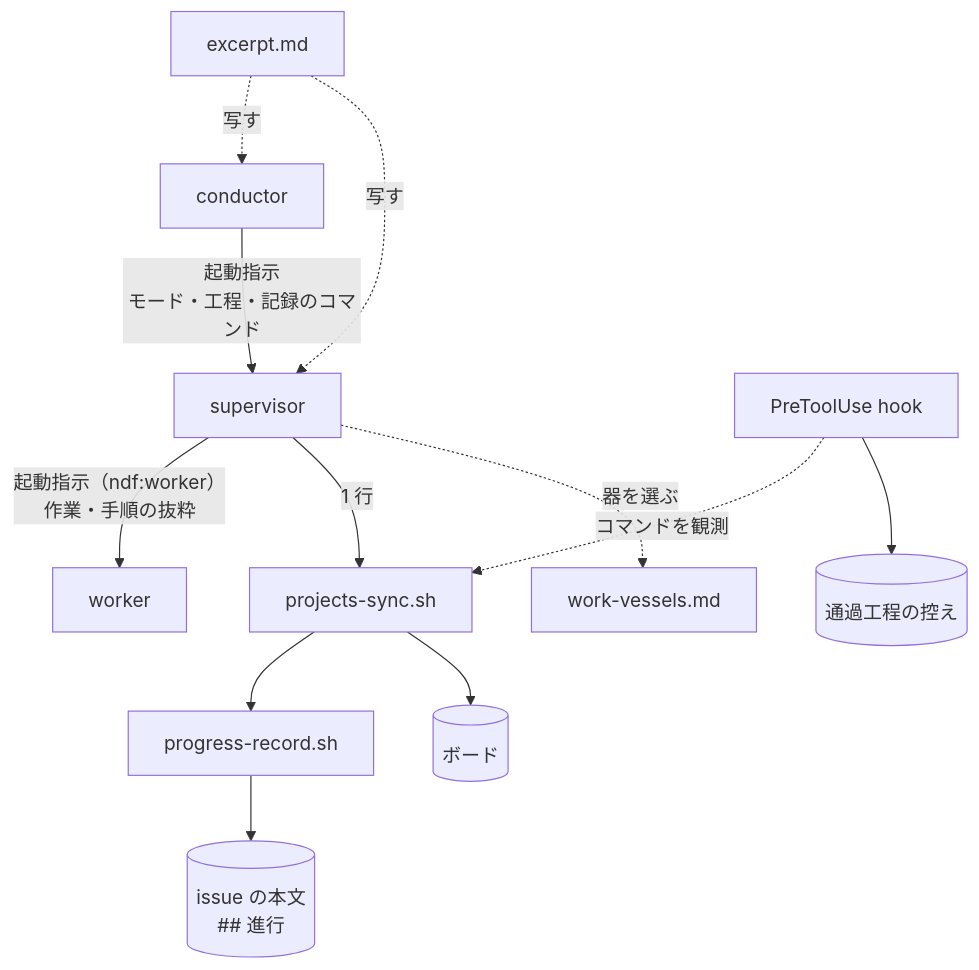
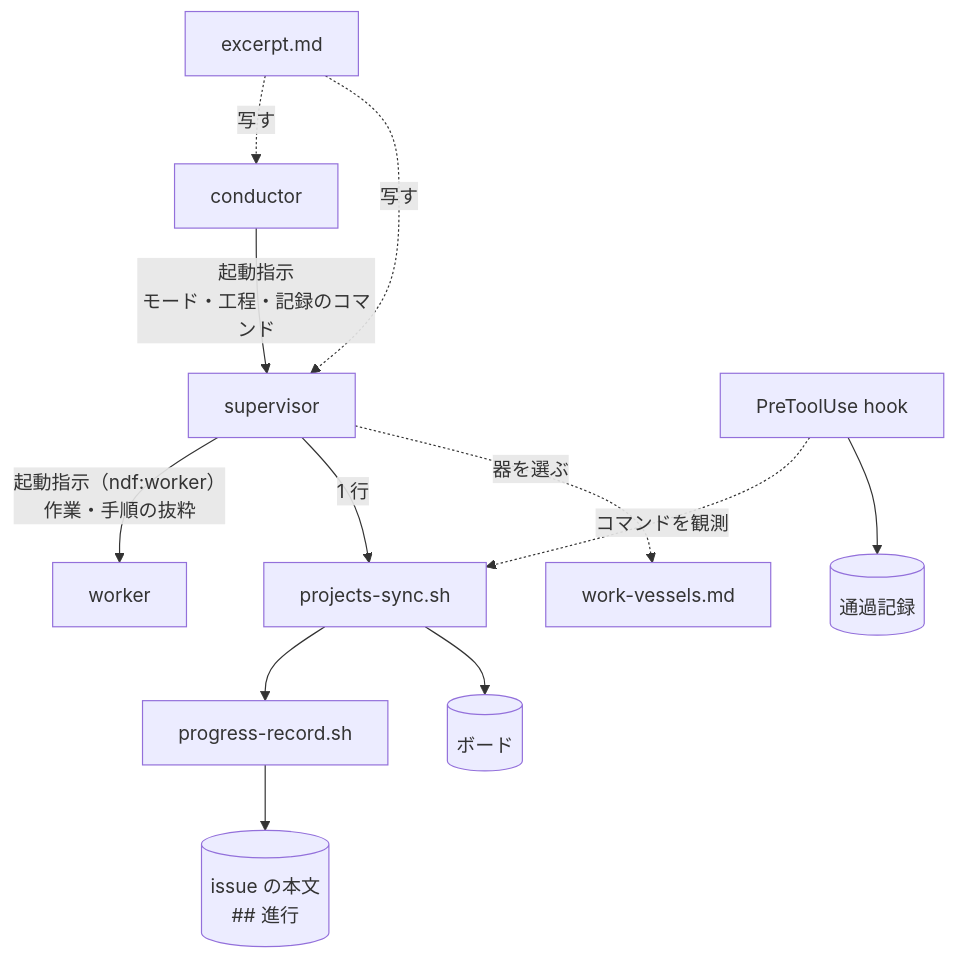
Before and after one commit to devbasex/ai-plugins: the diagram in docs/specifications/ndf-worker-agent-and-skill-excerpts.md, drawn with Mermaid. The commit also changed other lines of this file and 131 other files, not shown here.

````diff
--- a/docs/specifications/ndf-worker-agent-and-skill-excerpts.md
+++ b/docs/specifications/ndf-worker-agent-and-skill-excerpts.md
@@ -74,14 +74,14 @@
 ```mermaid
 flowchart TB
   C[conductor] -- 起動指示<br/>モード・工程・記録のコマンド --> S[supervisor]
   S -- "起動指示（ndf:worker）<br/>作業・手順の抜粋" --> W[worker]
   S -- 1 行 --> PS[projects-sync.sh]
   PS --> PR[progress-record.sh]
   PR --> IB[(issue の本文<br/>## 進行)]
   PS --> BD[(ボード)]
   H[PreToolUse hook] -. コマンドを観測 .-> PS
-  H --> ST[(通過工程の控え)]
+  H --> ST[(通過記録)]
   S -. 器を選ぶ .-> WV[work-vessels.md]
   EX[excerpt.md] -. 写す .-> C
   EX -. 写す .-> S
 ```
````
